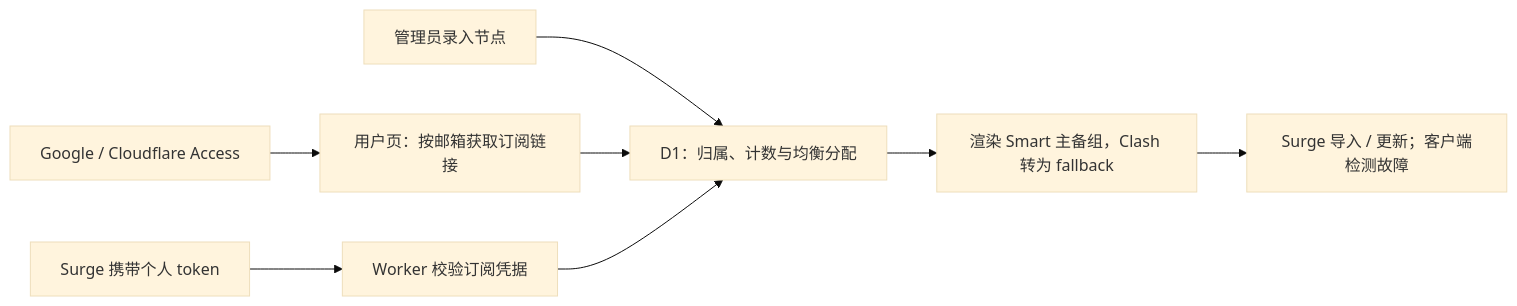
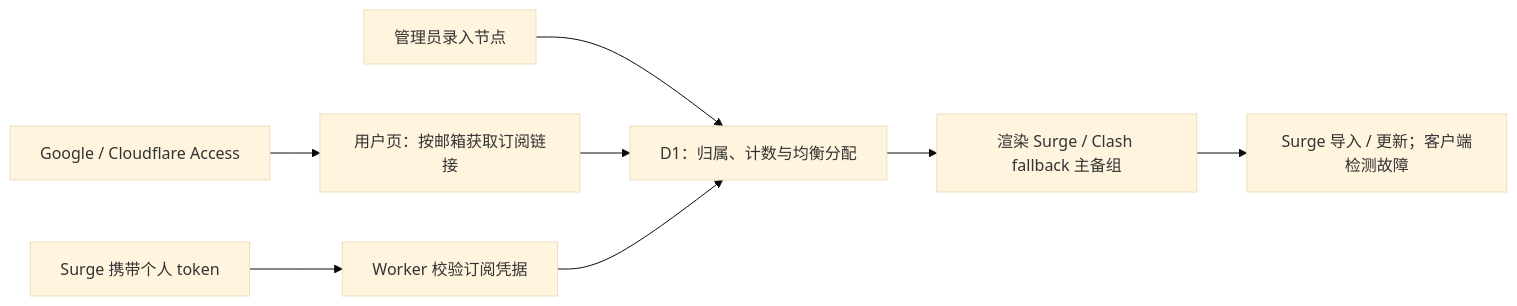
Before and after one commit to jarieshan/AtlasRouter: the diagram in README.md, drawn with Mermaid (base theme). The commit also changed other lines of this file and 17 other files, not shown here.

````diff
--- a/README.md
+++ b/README.md
@@ -34,10 +34,10 @@
 ```mermaid
 flowchart LR
   A["Google / Cloudflare Access"] --> B["用户页：按邮箱获取订阅链接"]
   C["管理员录入节点"] --> D["D1：归属、计数与均衡分配"]
   B --> D
   E["Surge 携带个人 token"] --> F["Worker 校验订阅凭据"]
   F --> D
-  D --> G["渲染 Smart 主备组，Clash 转为 fallback"]
+  D --> G["渲染 Surge / Clash fallback 主备组"]
   G --> H["Surge 导入 / 更新；客户端检测故障"]
 ```
````
